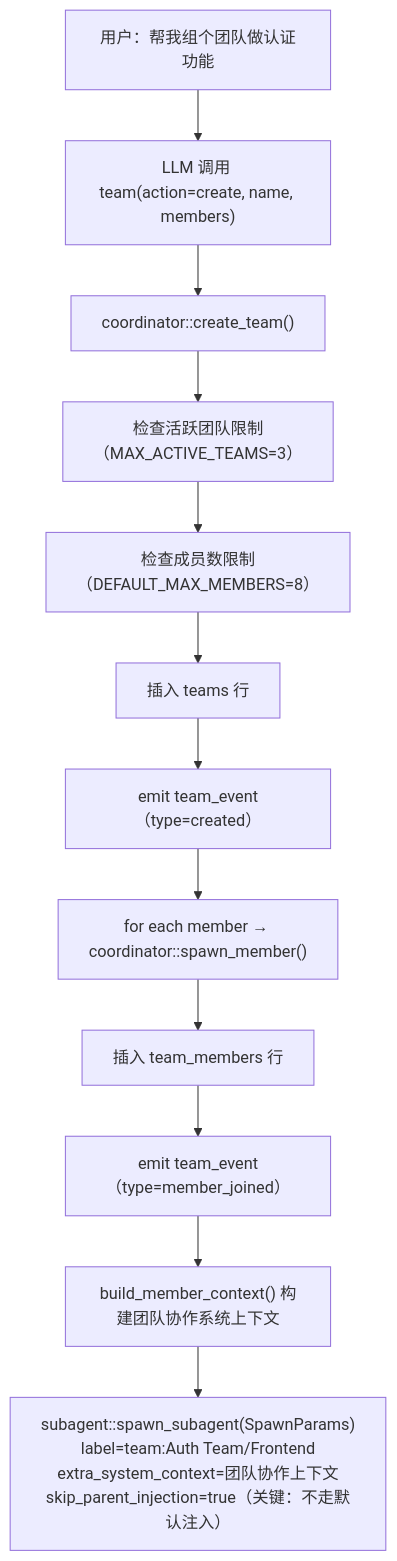
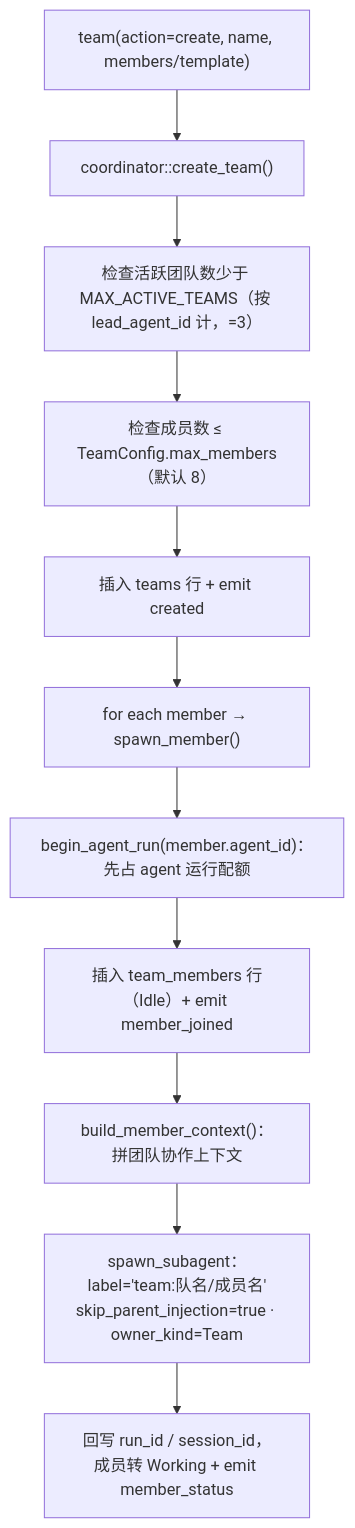
One commit to shiwenwen/hope-agent changed the fourth of 9 diagrams in docs/architecture/agent-team.md. Above: the diagram before and after it, drawn with Mermaid. The commit also changed other lines of this file and 11 other files, not shown here.

First line of the commit message:
🦭docs: 第四批 12 篇按新标准重做（local-model-loading/context-compact/automation-model/artifacts/agent-config/plan-mode/hooks/goal/knowledge-base/agent-team/subagent/domain-workflow）

````diff
--- a/docs/architecture/agent-team.md
+++ b/docs/architecture/agent-team.md
@@ -166,19 +243,17 @@
 ```mermaid
 flowchart TD
-    U["用户：帮我组个团队做认证功能"]
-    LLM["LLM 调用 team(action=create, name, members)"]
+    LLM["team(action=create, name, members/template)"]
     CT["coordinator::create_team()"]
-    C1["检查活跃团队限制（MAX_ACTIVE_TEAMS=3）"]
-    C2["检查成员数限制（DEFAULT_MAX_MEMBERS=8）"]
-    C3["插入 teams 行"]
-    C4["emit team_event（type=created）"]
-    SM["for each member → coordinator::spawn_member()"]
-    M1["插入 team_members 行"]
-    M2["emit team_event（type=member_joined）"]
-    M3["build_member_context() 构建团队协作系统上下文"]
-    M4["subagent::spawn_subagent(SpawnParams)<br/>label=team:Auth Team/Frontend<br/>extra_system_context=团队协作上下文<br/>skip_parent_injection=true（关键：不走默认注入）"]
+    C1["检查活跃团队数少于 MAX_ACTIVE_TEAMS（按 lead_agent_id 计，=3）"]
+    C2["检查成员数 ≤ TeamConfig.max_members（默认 8）"]
+    C3["插入 teams 行 + emit created"]
+    SM["for each member → spawn_member()"]
+    M1["begin_agent_run(member.agent_id)：先占 agent 运行配额"]
+    M2["插入 team_members 行（Idle）+ emit member_joined"]
+    M3["build_member_context()：拼团队协作上下文"]
+    M4["spawn_subagent：label='team:队名/成员名'<br/>skip_parent_injection=true · owner_kind=Team"]
+    M5["回写 run_id / session_id，成员转 Working + emit member_status"]
 
-    U --> LLM --> CT
-    CT --> C1 --> C2 --> C3 --> C4 --> SM
-    SM --> M1 --> M2 --> M3 --> M4
+    LLM --> CT --> C1 --> C2 --> C3 --> SM
+    SM --> M1 --> M2 --> M3 --> M4 --> M5
 ```
````
